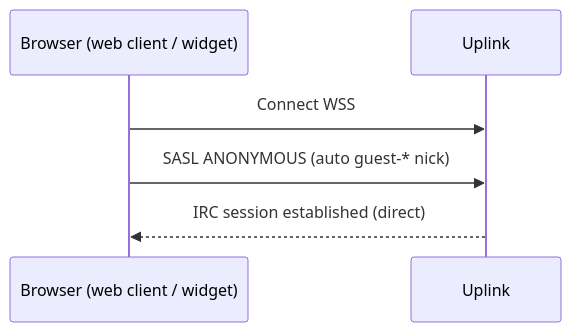
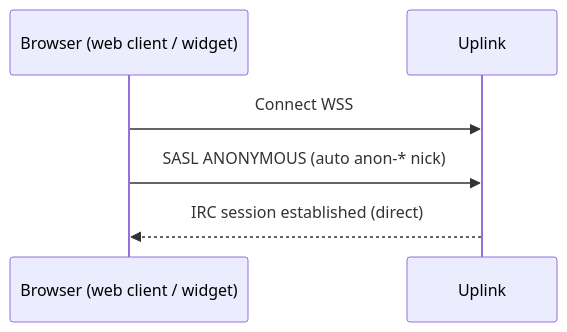
The third of 3 diagrams in spec/03-identity/01-authentication.md (hivecom/orbit-spec), drawn with Mermaid before and after one commit. The commit also changed other lines of this file, not shown here.

First line of the commit message:
Change guest nicknames from 'guest-' to 'anon-'

````diff
--- a/spec/03-identity/01-authentication.md
+++ b/spec/03-identity/01-authentication.md
@@ -110,9 +110,9 @@
 ```mermaid
 sequenceDiagram
     participant BR as Browser (web client / widget)
     participant GC as Uplink
 
     BR->>GC: Connect WSS
-    BR->>GC: SASL ANONYMOUS (auto guest-* nick)
+    BR->>GC: SASL ANONYMOUS (auto anon-* nick)
     GC-->>BR: IRC session established (direct)
 ```
````
